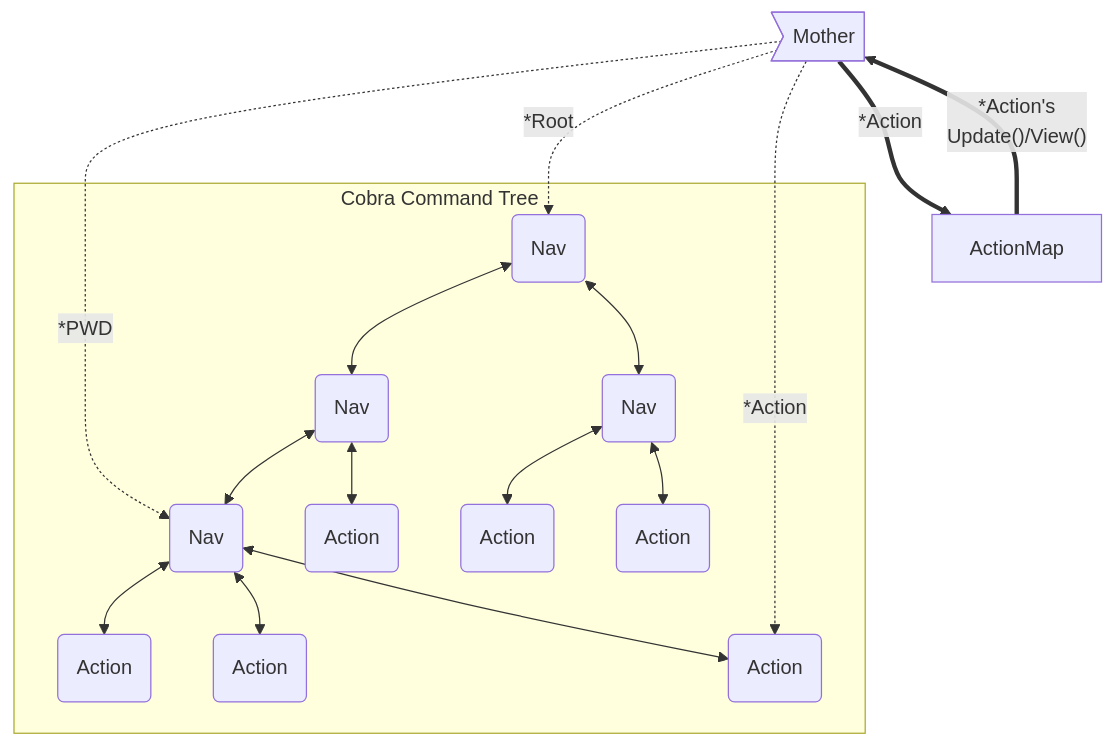
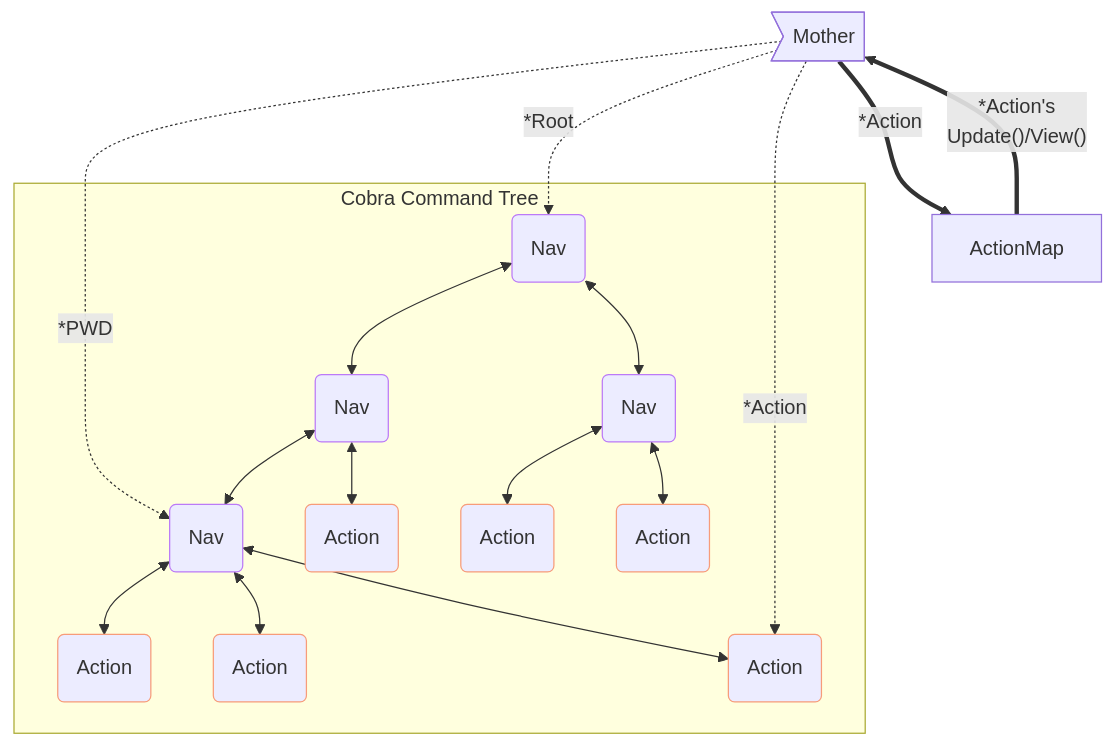
One commit to rflandau/gwcli changed the first of 2 diagrams in CONTRIBUTING.md. Above: the diagram before and after it, drawn with Mermaid. The commit also changed other lines of this file, not shown here.

Commit message:
refactor

````diff
--- a/CONTRIBUTING.md
+++ b/CONTRIBUTING.md
@@ -53,14 +56,17 @@
 ```mermaid
 flowchart
     subgraph Cobra Command Tree
-        root(Nav) <-->  n1(Nav) & n2(Nav)
-        n1 <--> n3(Nav) & a1(Action)
-        n2 <--> a2(Action) & a3(Action)
-        n3 <--> a4(Action) & a5(Action) & a6(Action)
+        root(Nav):::nav <-->  n1(Nav):::nav & n2(Nav):::nav
+        n1 <--> n3(Nav):::nav & a1(Action):::action
+        n2 <--> a2(Action):::action & a3(Action):::action
+        n3 <--> a4(Action):::action & a5(Action):::action & a6(Action):::action
     end
     mother>Mother]
     mother -.*PWD.-> n3
     mother -.*Root.-> root
     mother -.*Action.-> a6
     mother ==*Action==> ActionMap ==*Action's<br>Update()/View()==> mother
+
+    classDef nav stroke:#bb7af7
+    classDef action stroke:#f79c7a
 ```
````
